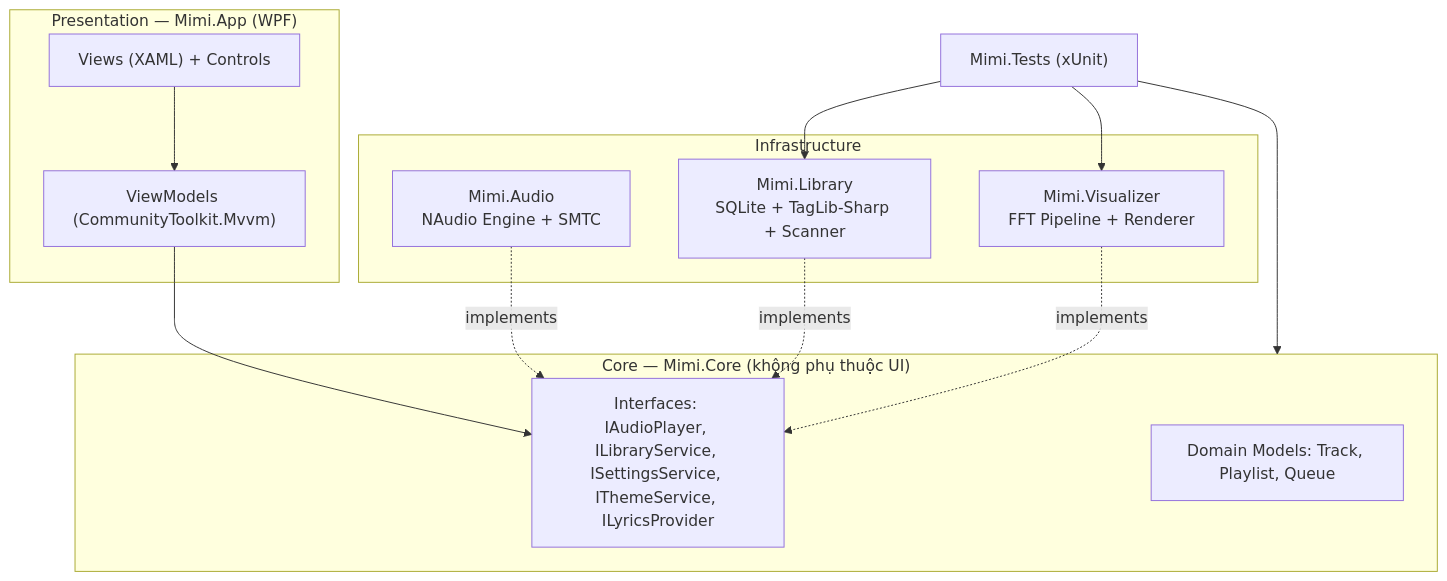
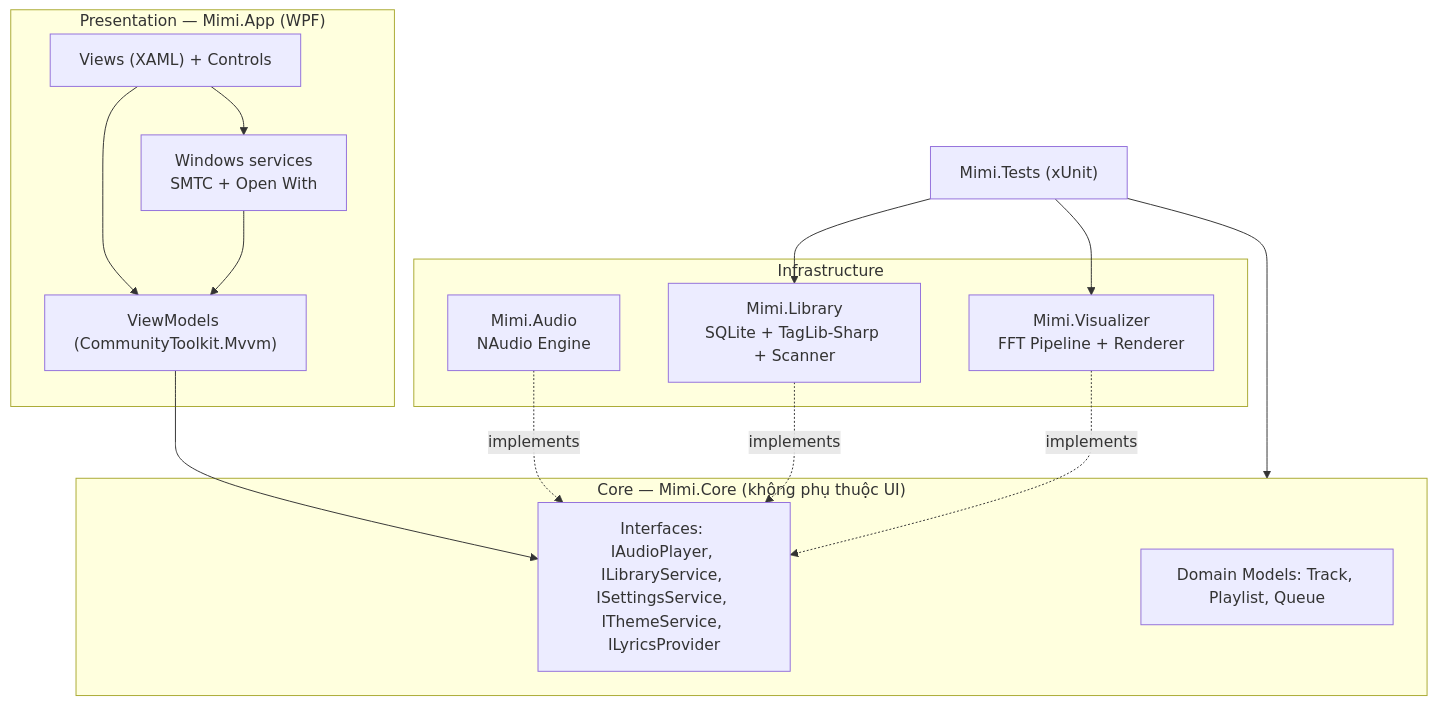
The first of 3 diagrams in ROADMAP.md (lxmtuu/Mimi), drawn with Mermaid before and after one commit. The commit also changed other lines of this file and 1 other file, not shown here.

Commit message:
docs: record Windows media controls slice

````diff
--- a/ROADMAP.md
+++ b/ROADMAP.md
@@ -241,24 +243,27 @@
 ```mermaid
 flowchart TB
     subgraph Presentation["Presentation — Mimi.App (WPF)"]
         Views["Views (XAML) + Controls"]
         VM["ViewModels (CommunityToolkit.Mvvm)"]
+        WinServices["Windows services<br/>SMTC + Open With"]
         Views --> VM
+        Views --> WinServices
+        WinServices --> VM
     end
     subgraph Core["Core — Mimi.Core (không phụ thuộc UI)"]
         Models["Domain Models: Track, Playlist, Queue"]
         Ifaces["Interfaces: IAudioPlayer, ILibraryService, ISettingsService, IThemeService, ILyricsProvider"]
     end
     subgraph Infra["Infrastructure"]
-        Audio["Mimi.Audio<br/>NAudio Engine + SMTC"]
+        Audio["Mimi.Audio<br/>NAudio Engine"]
         Lib["Mimi.Library<br/>SQLite + TagLib-Sharp + Scanner"]
         Viz["Mimi.Visualizer<br/>FFT Pipeline + Renderer"]
     end
     VM --> Ifaces
     Audio -.implements.-> Ifaces
     Lib -.implements.-> Ifaces
     Viz -.implements.-> Ifaces
     Tests["Mimi.Tests (xUnit)"] --> Core
     Tests --> Lib
     Tests --> Viz
 ```
````
